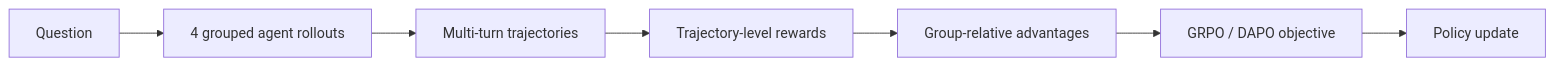
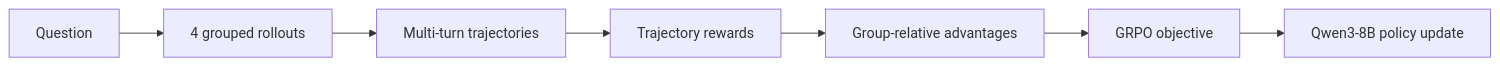
The second of 2 diagrams in README.md (Idiotyevsky/EfficientTool-RL), drawn with Mermaid before and after one commit. The commit also changed other lines of this file and 14 other files, not shown here.

````diff
--- a/README.md
+++ b/README.md
@@ -171,9 +123,9 @@
 ```mermaid
 flowchart LR
-    P[Question] --> R[4 grouped agent rollouts]
+    P[Question] --> R[4 grouped rollouts]
     R --> T[Multi-turn trajectories]
-    T --> W[Trajectory-level rewards]
+    T --> W[Trajectory rewards]
     W --> A[Group-relative advantages]
-    A --> L[GRPO / DAPO objective]
-    L --> U[Policy update]
+    A --> L[GRPO objective]
+    L --> U[Qwen3-8B policy update]
 ```
````
